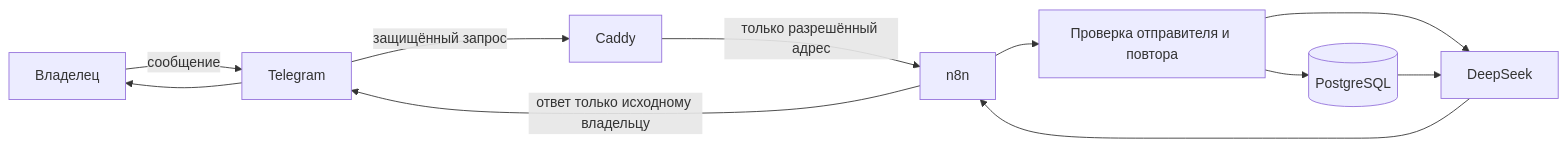
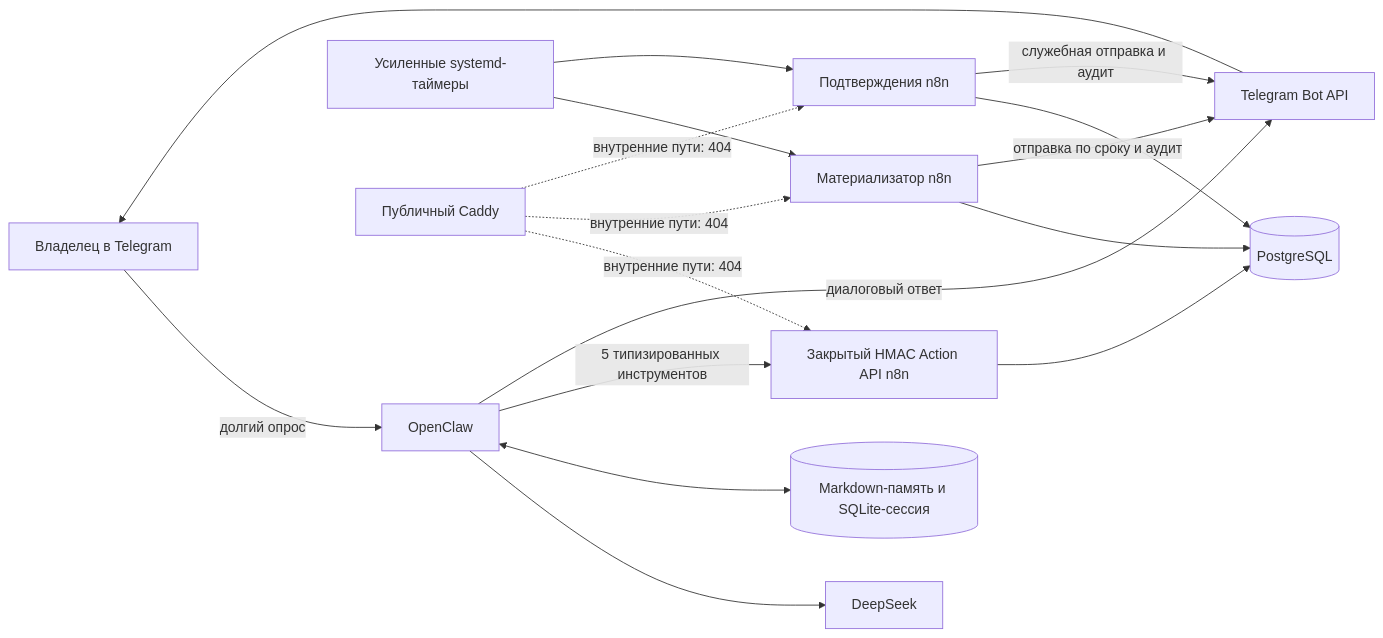
One commit to DmtrGoltsev/ObsidianVault changed the diagram in 05_Система/Схемы/N8NAgents/Participants_and_Flows_N8NAgents.md. Above: the diagram before and after it, drawn with Mermaid. The commit also changed other lines of this file and 14 other files, not shown here.

Commit message:
docs(n8nagents): актуализировать OpenClaw production

````diff
--- a/05_Система/Схемы/N8NAgents/Participants_and_Flows_N8NAgents.md
+++ b/05_Система/Схемы/N8NAgents/Participants_and_Flows_N8NAgents.md
@@ -34,13 +36,19 @@
 ```mermaid
 flowchart LR
-    U[Владелец] -->|сообщение| T[Telegram]
-    T -->|защищённый запрос| C[Caddy]
-    C -->|только разрешённый адрес| N[n8n]
-    N --> V[Проверка отправителя и повтора]
-    V --> P[(PostgreSQL)]
-    V --> D[DeepSeek]
-    P --> D
-    D --> N
-    N -->|ответ только исходному владельцу| T
+    U[Владелец в Telegram] -->|долгий опрос| O[OpenClaw]
+    O --> D[DeepSeek]
+    O <--> M[(Markdown-память и SQLite-сессия)]
+    O -->|5 типизированных инструментов| A[Закрытый HMAC Action API n8n]
+    A --> P[(PostgreSQL)]
+    ST[Усиленные systemd-таймеры] --> MAT[Материализатор n8n]
+    ST --> CON[Подтверждения n8n]
+    MAT --> P
+    CON --> P
+    MAT -->|отправка по сроку и аудит| T[Telegram Bot API]
+    CON -->|служебная отправка и аудит| T
+    O -->|диалоговый ответ| T
     T --> U
+    C[Публичный Caddy] -.->|внутренние пути: 404| A
+    C -.->|внутренние пути: 404| MAT
+    C -.->|внутренние пути: 404| CON
 ```
````
